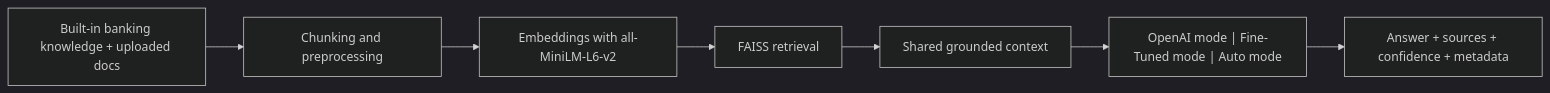
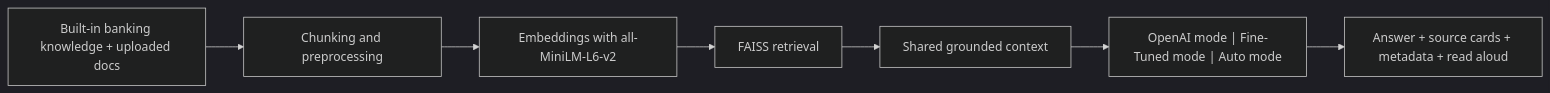
One commit to rakeshmadasaniai/banking-genai-portfolio changed the diagram in 01-rag-system/README.md. Above: the diagram before and after it, drawn with Mermaid (dark theme). The commit also changed other lines of this file and 9 other files, not shown here.

````diff
--- a/01-rag-system/README.md
+++ b/01-rag-system/README.md
@@ -36,9 +64,9 @@
 ```mermaid
 flowchart LR
     A["Built-in banking knowledge + uploaded docs"] --> B["Chunking and preprocessing"]
     B --> C["Embeddings with all-MiniLM-L6-v2"]
     C --> D["FAISS retrieval"]
     D --> E["Shared grounded context"]
     E --> F["OpenAI mode | Fine-Tuned mode | Auto mode"]
-    F --> G["Answer + sources + confidence + metadata"]
+    F --> G["Answer + source cards + metadata + read aloud"]
 ```
````
